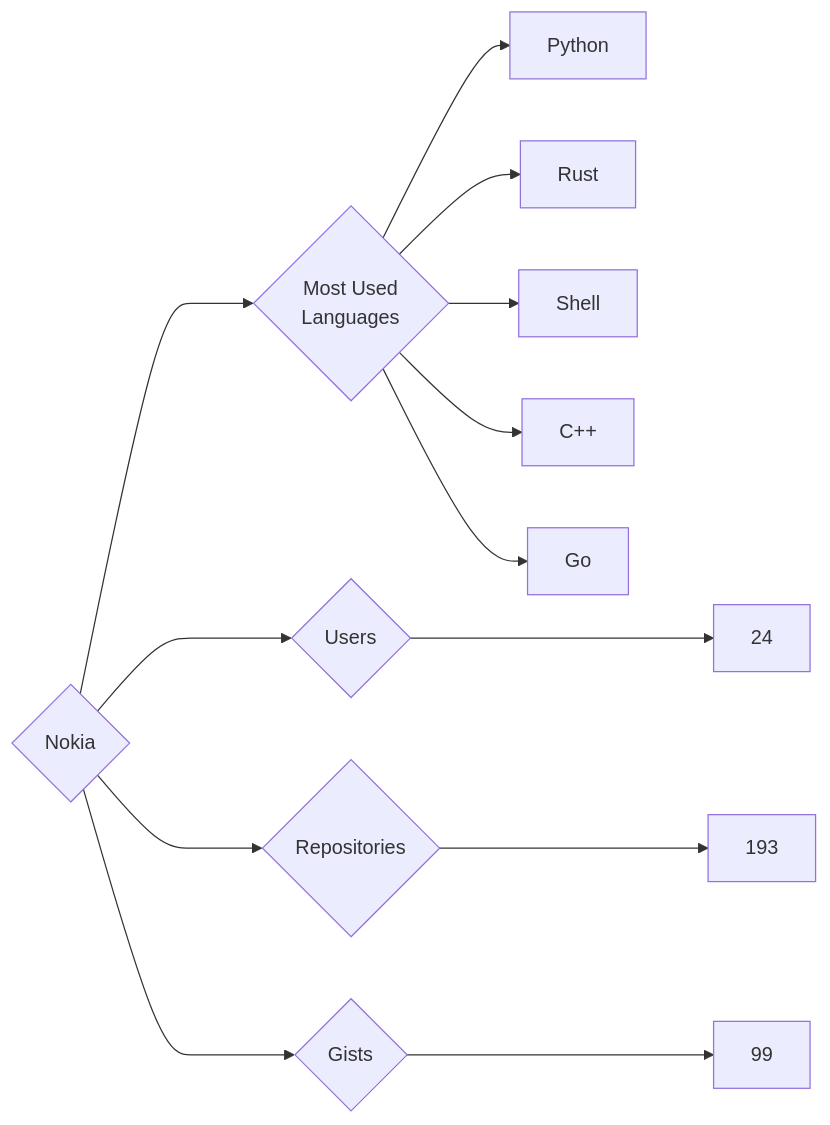
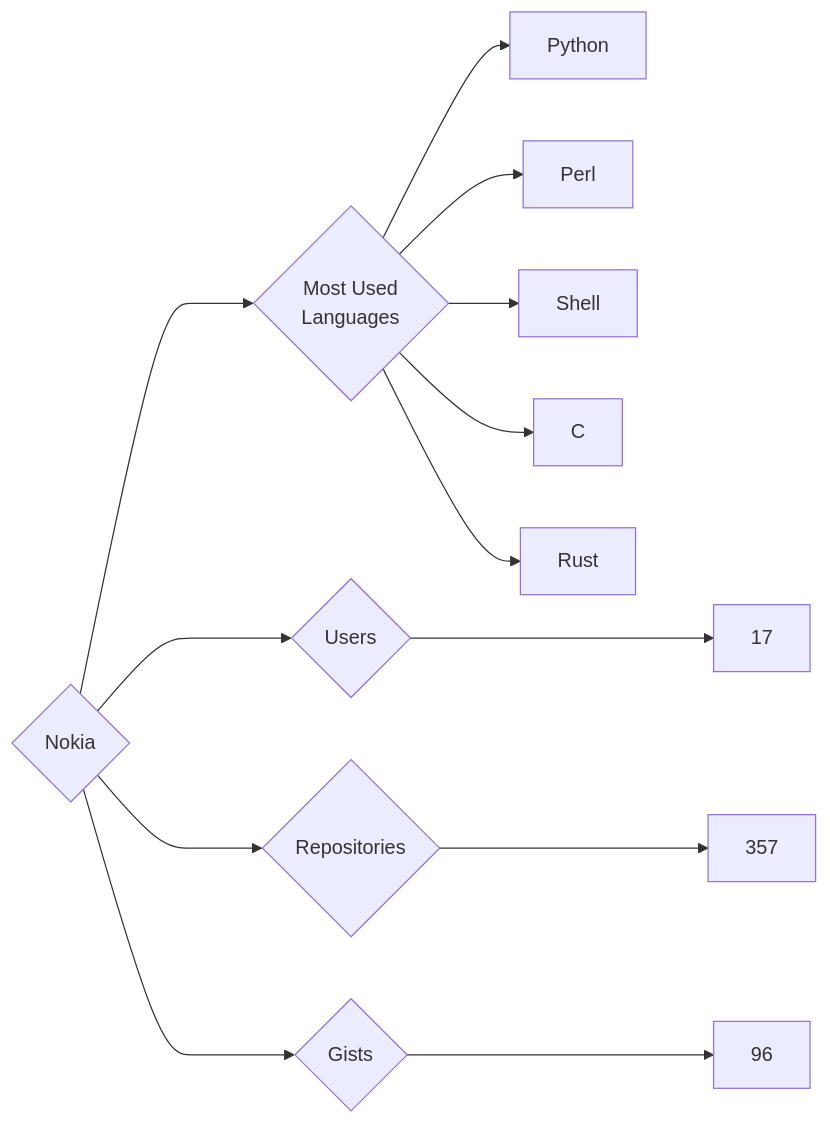
One commit to trickest/insiders changed the diagram in targets/Nokia/README.md. Above: the diagram before and after it, drawn with Mermaid. The commit also changed 878 other files, not shown here.

````diff
--- a/targets/Nokia/README.md
+++ b/targets/Nokia/README.md
@@ -3,13 +3,13 @@
 ```mermaid
 graph LR
 COMPANY_NAME{Nokia}
-COMPANY_NAME ---> U{Users} ---> UN[24]
-COMPANY_NAME ---> R{Repositories} ---> RN[193]
-COMPANY_NAME ---> G{Gists} ---> GN[99]
+COMPANY_NAME ---> U{Users} ---> UN[17]
+COMPANY_NAME ---> R{Repositories} ---> RN[357]
+COMPANY_NAME ---> G{Gists} ---> GN[96]
 COMPANY_NAME ---> ML{Most Used<br>Languages}
 ML --> Python[Python]
+ML --> Perl[Perl]
+ML --> Shell[Shell]
+ML --> C[C]
 ML --> Rust[Rust]
-ML --> Shell[Shell]
-ML --> C++[C++]
-ML --> Go[Go]
 ```
````
